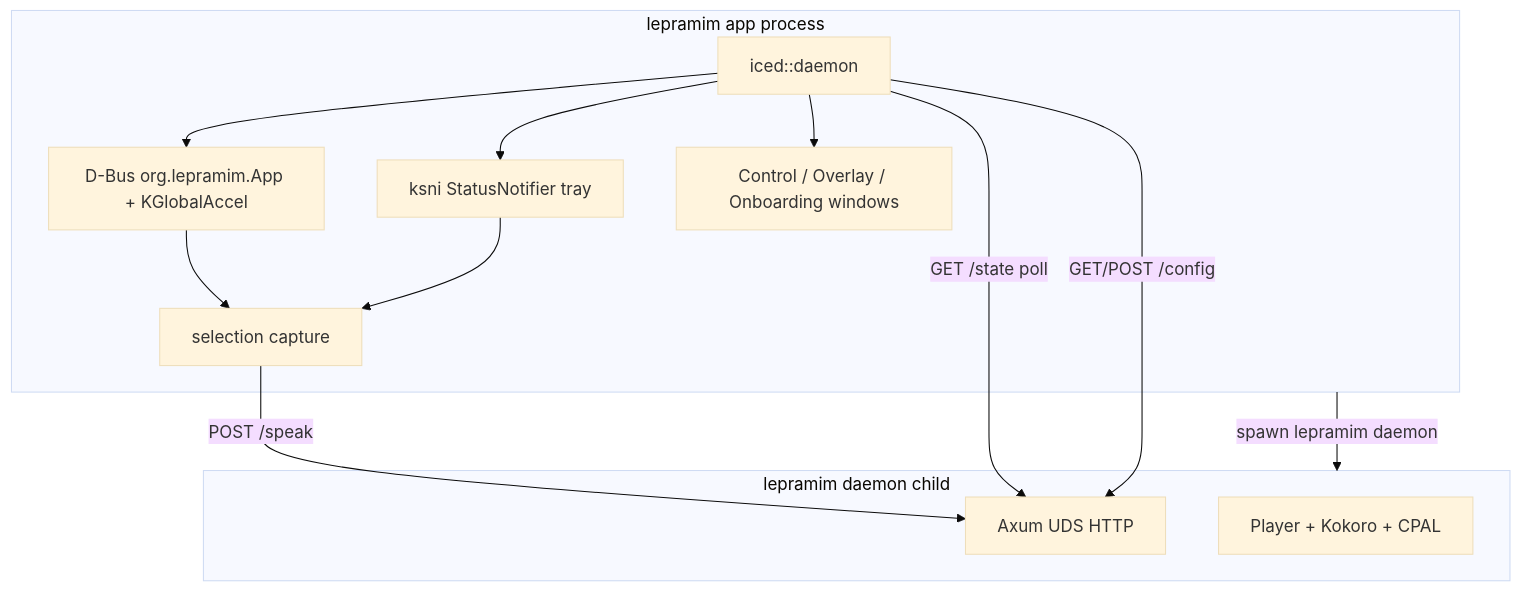
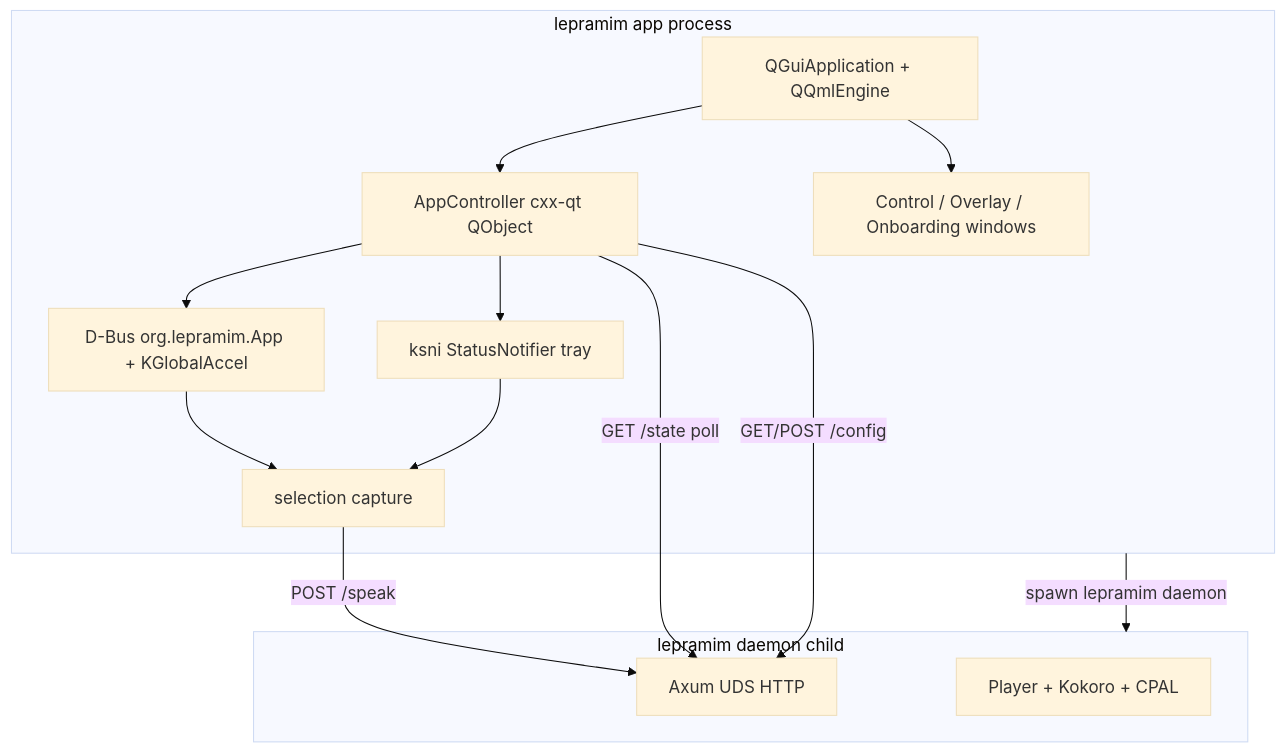
The diagram in docs/architecture.md (jmarceno/lepramim), drawn with Mermaid (base theme) before and after one commit. The commit also changed other lines of this file and 38 other files, not shown here.

First line of the commit message:
Replace Iced with in-process Qt Quick and ship a working AppImage.

````diff
--- a/docs/architecture.md
+++ b/docs/architecture.md
@@ -7,25 +8,27 @@
 ```mermaid
 flowchart TD
     subgraph AppProc["lepramim app process"]
-        Iced["iced::daemon"]
+        QtLoop["QGuiApplication + QQmlEngine"]
+        Bridge["AppController cxx-qt QObject"]
         Tray["ksni StatusNotifier tray"]
         HK["D-Bus org.lepramim.App + KGlobalAccel"]
         Cap["selection capture"]
         Win["Control / Overlay / Onboarding windows"]
     end
 
     subgraph DaemonProc["lepramim daemon child"]
         API["Axum UDS HTTP"]
         Player["Player + Kokoro + CPAL"]
     end
 
-    Iced --> Tray
-    Iced --> HK
-    Iced --> Win
+    QtLoop --> Bridge
+    QtLoop --> Win
+    Bridge --> Tray
+    Bridge --> HK
     HK --> Cap
     Tray --> Cap
     Cap -->|"POST /speak"| API
-    Iced -->|"GET /state poll"| API
-    Iced -->|"GET/POST /config"| API
+    Bridge -->|"GET /state poll"| API
+    Bridge -->|"GET/POST /config"| API
     AppProc -->|"spawn lepramim daemon"| DaemonProc
 ```
````
